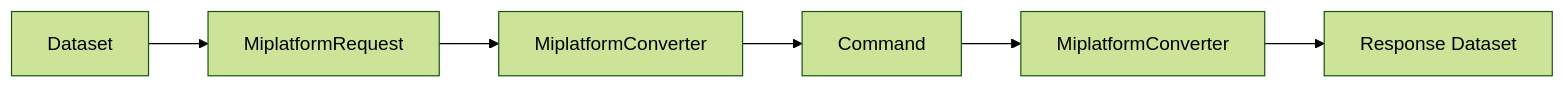
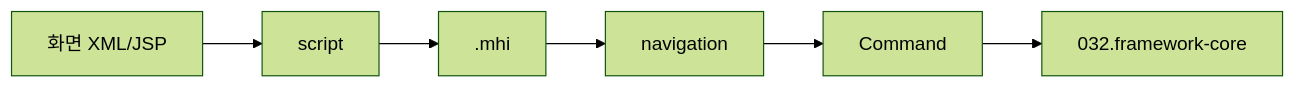
One commit to forsylph/nph changed the diagram in 03.analysis_results/031.front-channel/0313.ui-entry/Front-Channel-개요.md. Above: the diagram before and after it, drawn with Mermaid (forest theme). The commit also changed other lines of this file and 19 other files, not shown here.

````diff
--- a/03.analysis_results/031.front-channel/0313.ui-entry/Front-Channel-개요.md
+++ b/03.analysis_results/031.front-channel/0313.ui-entry/Front-Channel-개요.md
@@ -31,8 +9,8 @@
 ```mermaid
 flowchart LR
-    DS1[Dataset] --> Req[MiplatformRequest]
-    Req --> Conv1[MiplatformConverter]
-    Conv1 --> Cmd[Command]
-    Cmd --> Conv2[MiplatformConverter]
-    Conv2 --> DS2[Response Dataset]
+    Screen[화면 XML/JSP] --> Script[script]
+    Script --> MHI[.mhi]
+    MHI --> Navi[navigation]
+    Navi --> Command
+    Command --> Core[032.framework-core]
 ```
````
